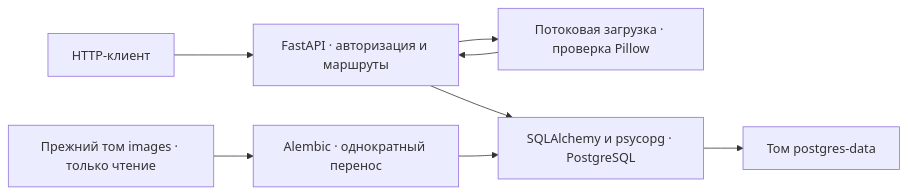
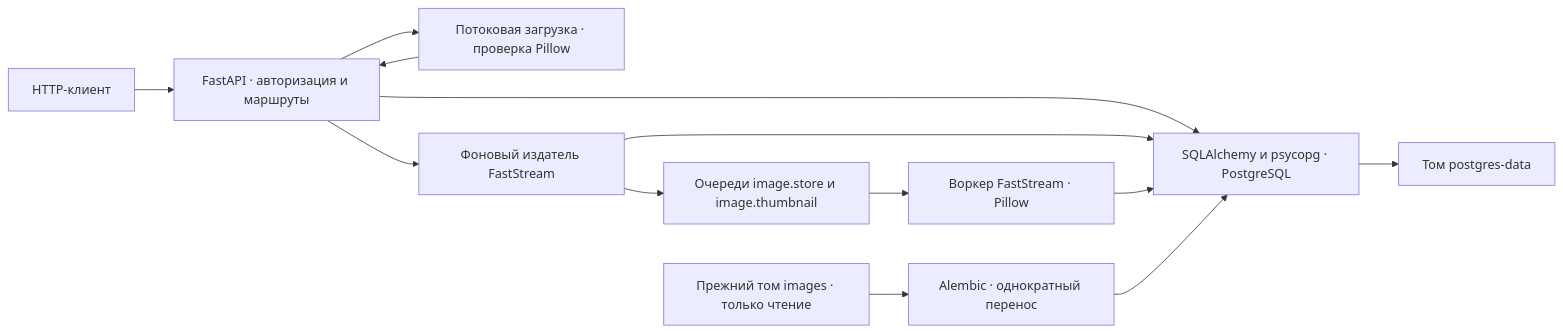
The diagram in ARCHITECTURE.md (glebuzheg/image-storage-api), drawn with Mermaid before and after one commit. The commit also changed other lines of this file and 37 other files, not shown here.

````diff
--- a/ARCHITECTURE.md
+++ b/ARCHITECTURE.md
@@ -7,10 +7,15 @@
 ```mermaid
 flowchart LR
     Client["HTTP-клиент"] --> API["FastAPI · авторизация и маршруты"]
     API --> Upload["Потоковая загрузка · проверка Pillow"]
     API --> DB["SQLAlchemy и psycopg · PostgreSQL"]
     Upload --> API
+    API --> Relay["Фоновый издатель FastStream"]
+    Relay --> DB
+    Relay --> Broker["Очереди image.store и image.thumbnail"]
+    Broker --> Worker["Воркер FastStream · Pillow"]
+    Worker --> DB
     DB --> Volume["Том postgres-data"]
     Legacy["Прежний том images · только чтение"] --> Migration["Alembic · однократный перенос"]
     Migration --> DB
 ```
````
